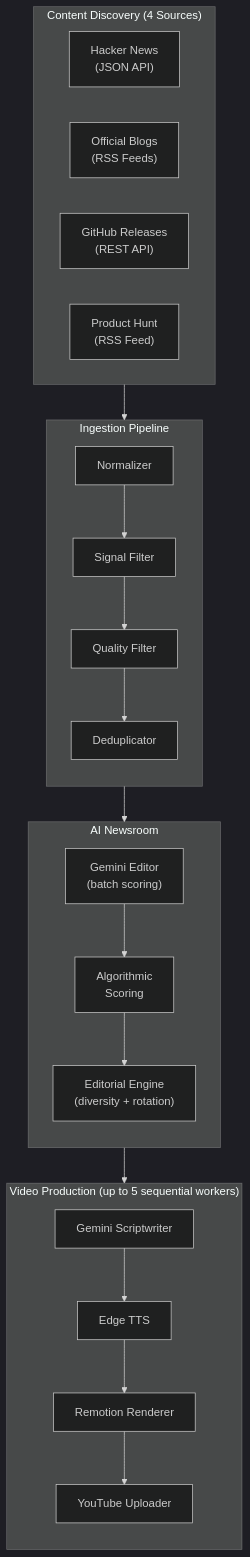
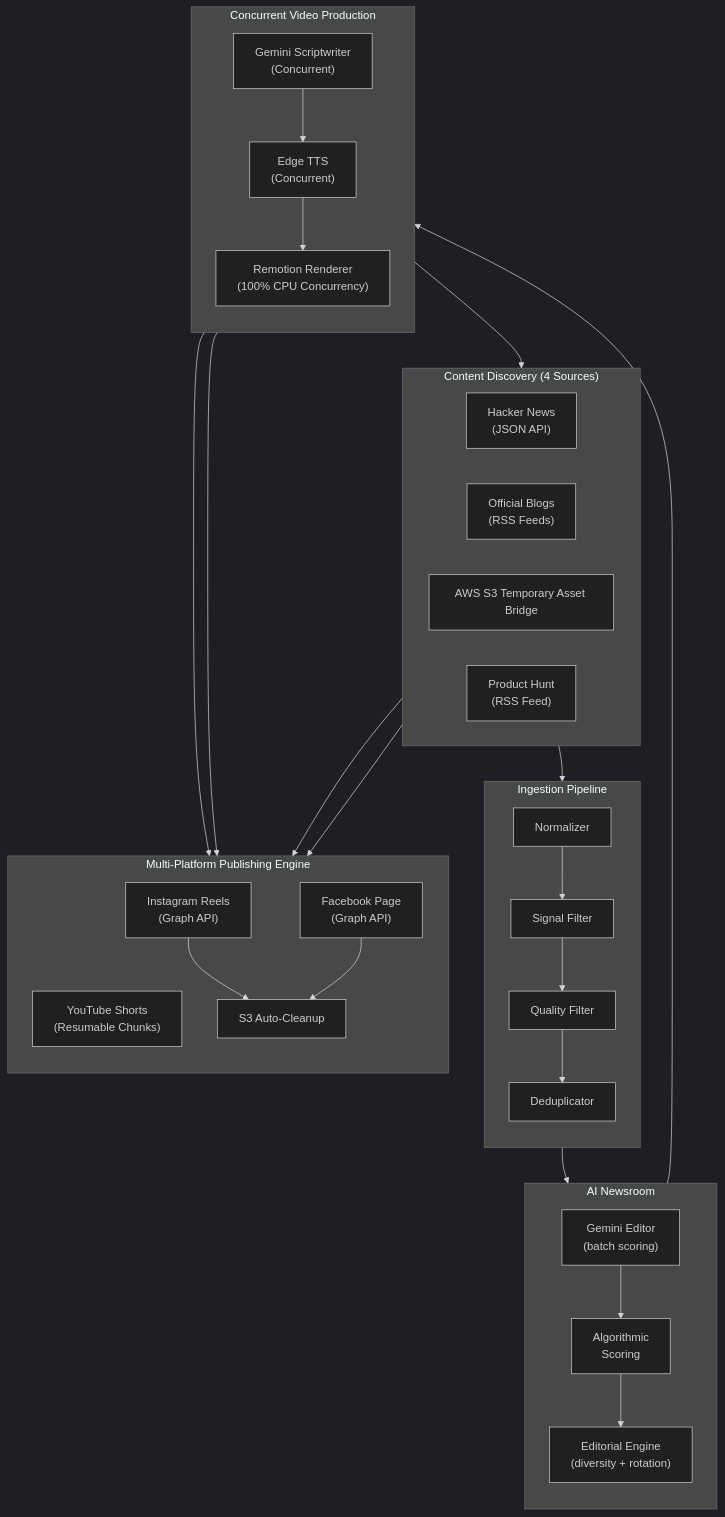
Before and after one commit to vishnu108shanker/Devbyte-Engine: the diagram in README.md, drawn with Mermaid (dark theme). The commit also changed other lines of this file and 2 other files, not shown here.

Commit message:
feat: add Facebook and Instagram video upload scripts; update requirements and Gemini API integration

````diff
--- a/README.md
+++ b/README.md
@@ -15,34 +15,44 @@
 ```mermaid
 flowchart TD
     subgraph Discovery ["Content Discovery (4 Sources)"]
         direction LR
         S1["Hacker News\n(JSON API)"]
         S2["Official Blogs\n(RSS Feeds)"]
         S3["GitHub Releases\n(REST API)"]
         S4["Product Hunt\n(RSS Feed)"]
     end
 
     subgraph Ingestion ["Ingestion Pipeline"]
         direction TB
         N["Normalizer"] --> SF["Signal Filter"]
         SF --> QF["Quality Filter"]
         QF --> DD["Deduplicator"]
     end
 
     subgraph Intelligence ["AI Newsroom"]
         direction TB
         EV["Gemini Editor\n(batch scoring)"] --> SC["Algorithmic\nScoring"]
         SC --> ED["Editorial Engine\n(diversity + rotation)"]
     end
 
-    subgraph Production ["Video Production (up to 5 sequential workers)"]
+    subgraph Production ["Concurrent Video Production"]
         direction TB
-        GS["Gemini Scriptwriter"] --> TTS["Edge TTS"]
-        TTS --> REM["Remotion Renderer"]
-        REM --> UP["YouTube Uploader"]
+        GS["Gemini Scriptwriter\n(Concurrent)"] --> TTS["Edge TTS\n(Concurrent)"]
+        TTS --> REM["Remotion Renderer\n(100% CPU Concurrency)"]
+    end
+
+    subgraph Publishing ["Multi-Platform Publishing Engine"]
+        direction TB
+        REM --> YT["YouTube Shorts\n(Resumable Chunks)"]
+        REM --> S3["AWS S3 Temporary Asset Bridge"]
+        S3 --> IG["Instagram Reels\n(Graph API)"]
+        S3 --> FB["Facebook Page\n(Graph API)"]
+        IG --> DEL["S3 Auto-Cleanup"]
+        FB --> DEL
     end
 
     Discovery --> Ingestion
     Ingestion --> Intelligence
     Intelligence --> Production
+    Production --> Publishing
 ```
````
